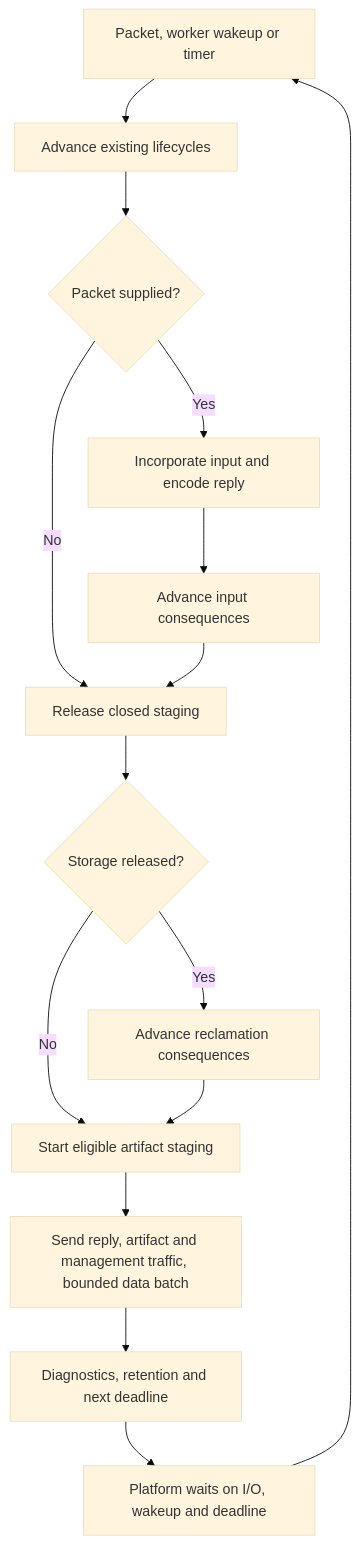
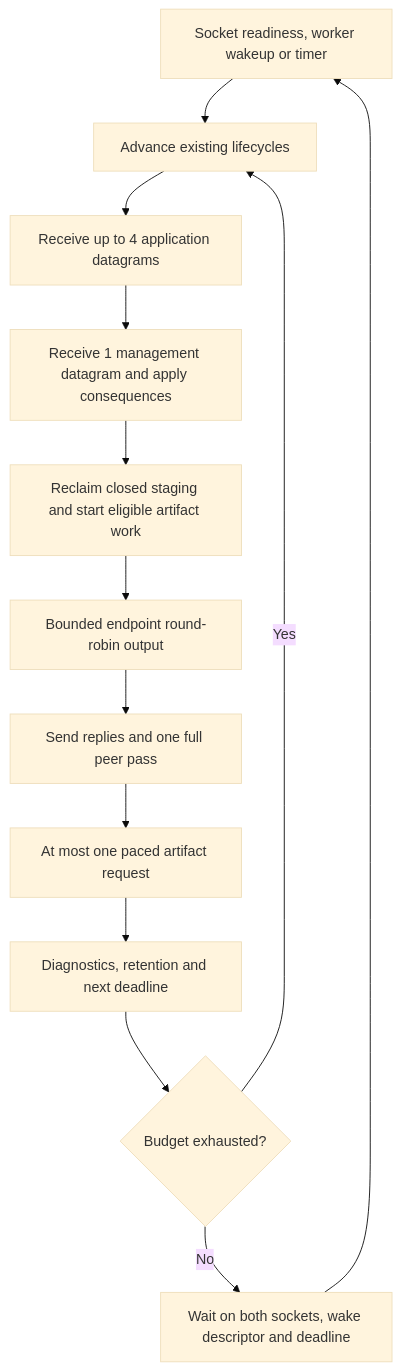
The fourth of 5 diagrams in guide/architecture.md (skrovk/kaos-core), drawn with Mermaid (base theme) before and after one commit. The commit also changed other lines of this file and 874 other files, not shown here.

````diff
--- a/guide/architecture.md
+++ b/guide/architecture.md
@@ -66,17 +154,15 @@
 ```mermaid
 flowchart TD
-    Wake[Packet, worker wakeup or timer] --> Before[Advance existing lifecycles]
-    Before --> Input{Packet supplied?}
-    Input -->|Yes| Receive[Incorporate input and encode reply]
-    Receive --> After[Advance input consequences]
-    Input -->|No| Reclaim[Release closed staging]
-    After --> Reclaim
-    Reclaim --> Released{Storage released?}
-    Released -->|Yes| Accept[Advance reclamation consequences]
-    Released -->|No| Stage[Start eligible artifact staging]
-    Accept --> Stage
-    Stage --> Output[Send reply, artifact and management traffic, bounded data batch]
-    Output --> Sleep[Diagnostics, retention and next deadline]
-    Sleep --> Wait[Platform waits on I/O, wakeup and deadline]
+    Wake[Socket readiness, worker wakeup or timer] --> Before[Advance existing lifecycles]
+    Before --> AppRx[Receive up to 4 application datagrams]
+    AppRx --> MgmtRx[Receive 1 management datagram and apply consequences]
+    MgmtRx --> Stage[Reclaim closed staging and start eligible artifact work]
+    Stage --> AppTx[Bounded endpoint round-robin output]
+    AppTx --> MgmtTx[Send replies and one full peer pass]
+    MgmtTx --> Artifact[At most one paced artifact request]
+    Artifact --> Maintain[Diagnostics, retention and next deadline]
+    Maintain --> More{Budget exhausted?}
+    More -->|Yes| Before
+    More -->|No| Wait[Wait on both sockets, wake descriptor and deadline]
     Wait --> Wake
 ```
````
